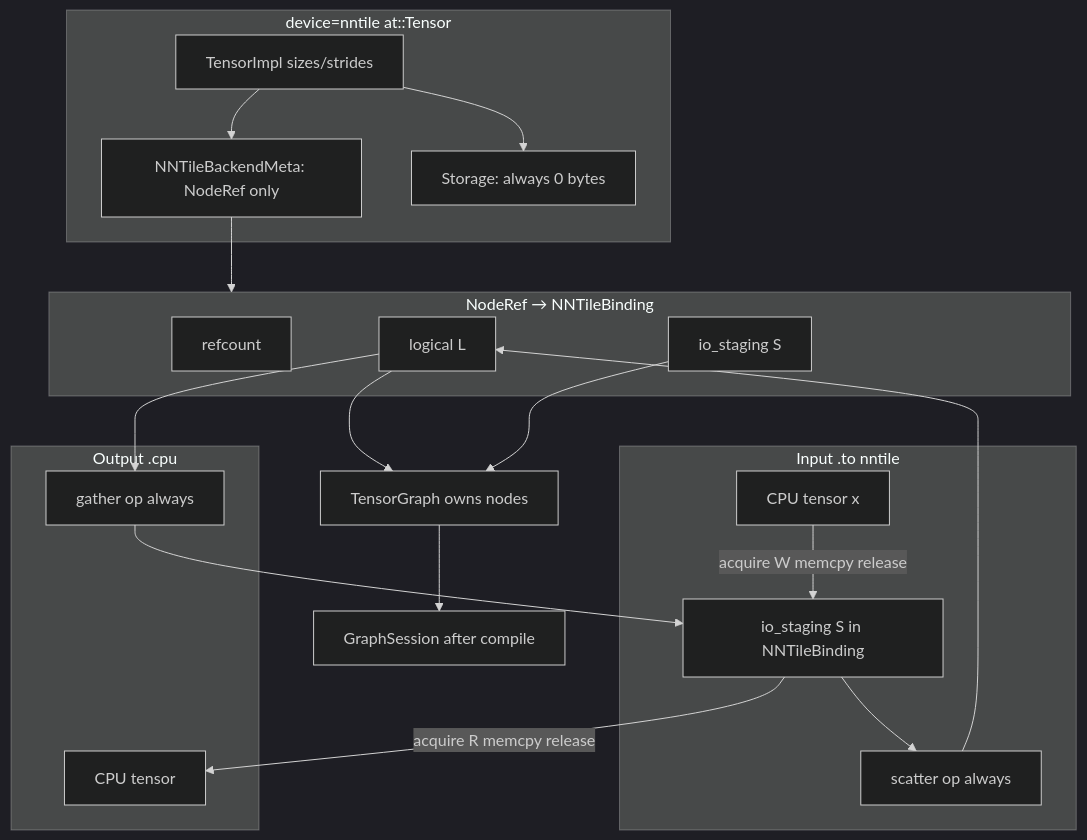
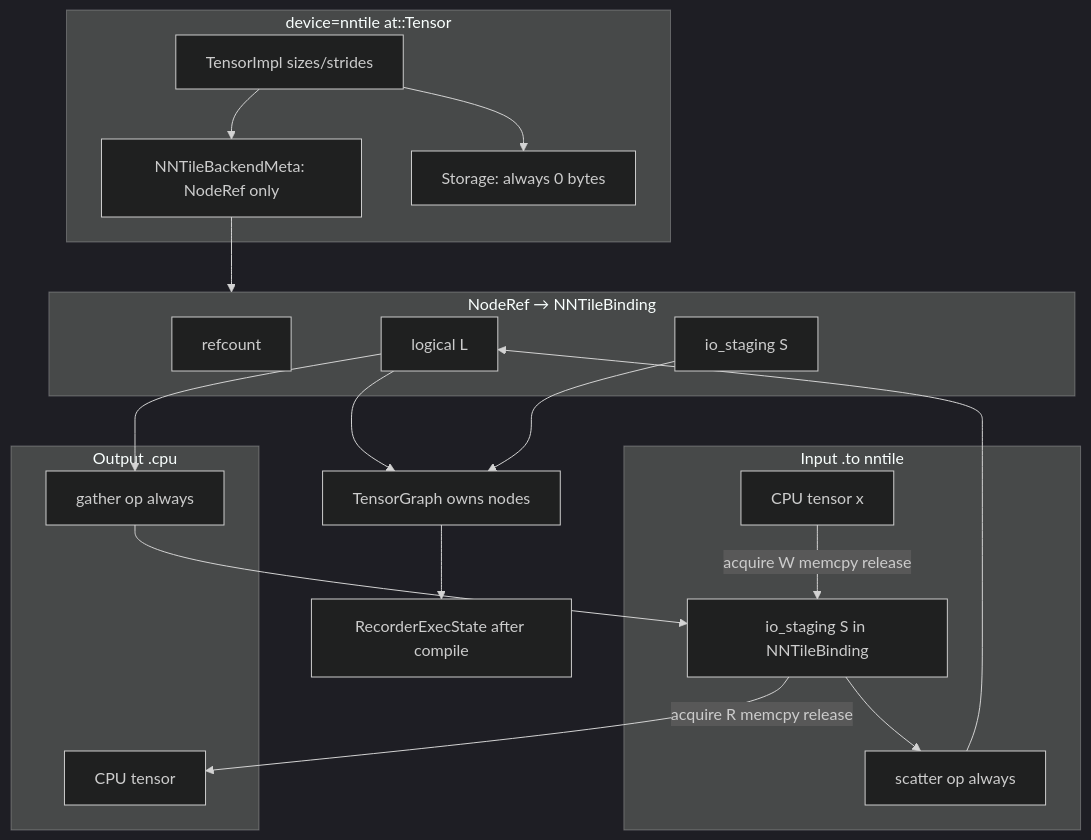
One commit to nntile/nntile changed the diagram in docs/dev/nntile_tensor_impl_plan.md. Above: the diagram before and after it, drawn with Mermaid (dark theme). The commit also changed other lines of this file, not shown here.

````diff
--- a/docs/dev/nntile_tensor_impl_plan.md
+++ b/docs/dev/nntile_tensor_impl_plan.md
@@ -69,38 +101,38 @@
 ```mermaid
 flowchart TD
     subgraph tensor [device=nntile at::Tensor]
         Impl[TensorImpl sizes/strides]
         Meta["NNTileBackendMeta: NodeRef only"]
         Storage["Storage: always 0 bytes"]
         Impl --> Meta
         Impl --> Storage
     end
 
     subgraph noderef [NodeRef → NNTileBinding]
         RC[refcount]
         L[logical L]
         S[io_staging S]
     end
 
     Meta --> noderef
     L --> TG[TensorGraph owns nodes]
     S --> TG
-    TG --> Session[GraphSession after compile]
+    TG --> Session[RecorderExecState after compile]
 
     subgraph input_io [Input .to nntile]
         CPUx[CPU tensor x]
         IO["io_staging S in NNTileBinding"]
         Scatter[scatter op always]
         CPUx -->|acquire W memcpy release| IO
         IO --> Scatter
         Scatter --> L
     end
 
     subgraph output_io [Output .cpu]
         Gather[gather op always]
         CPUout[CPU tensor]
         L --> Gather
         Gather --> IO
         IO -->|acquire R memcpy release| CPUout
     end
 ```
````
